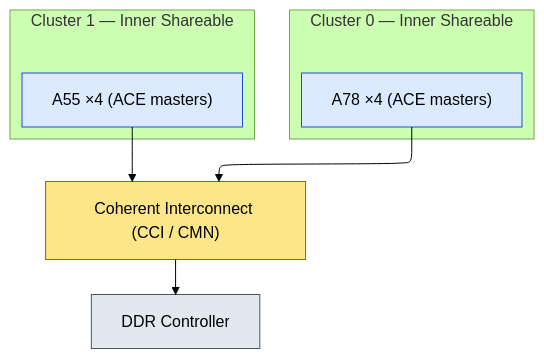
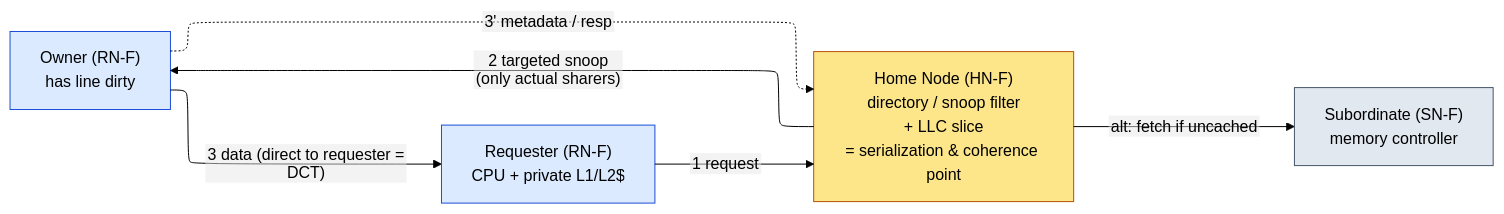
Before and after one commit to Wty2003328/silicon-design-notebook: the second of 3 diagrams in 01_Architecture_and_PPA/12_ACE_and_CHI.md, drawn with Mermaid (forest theme). The commit also changed other lines of this file and 26 other files, not shown here.

Commit message:
Concept-first hard rework checkpoint: Architecture, Fundamentals, Power folders complete (~25 pages reworked)

````diff
--- a/01_Architecture_and_PPA/12_ACE_and_CHI.md
+++ b/01_Architecture_and_PPA/12_ACE_and_CHI.md
@@ -115,19 +114,16 @@
 ```mermaid
-%%{init: {"flowchart": {"defaultRenderer": "elk", "nodeSpacing": 60, "rankSpacing": 60, "htmlLabels": false}}}%%
-flowchart TD
-    subgraph cl0["Cluster 0 — Inner Shareable"]
-        A0["A78 ×4 (ACE masters)"]
-    end
-    subgraph cl1["Cluster 1 — Inner Shareable"]
-        A1["A55 ×4 (ACE masters)"]
-    end
-    A0 --> CCI["Coherent Interconnect (CCI / CMN)"]
-    A1 --> CCI
-    CCI --> DDR["DDR Controller"]
-    classDef cl fill:#dbeafe,stroke:#1d4ed8,color:#000
-    classDef ic fill:#fde68a,stroke:#b45309,color:#000
-    classDef mem fill:#e2e8f0,stroke:#475569,color:#000
-    class A0,A1 cl
-    class CCI ic
-    class DDR mem
+%%{init: {"flowchart": {"defaultRenderer": "elk", "nodeSpacing": 55, "rankSpacing": 50, "htmlLabels": false}}}%%
+flowchart LR
+    RN0["Requester (RN-F)\nCPU + private L1/L2$"]:::rn
+    HN["Home Node (HN-F)\ndirectory / snoop filter\n+ LLC slice\n= serialization & coherence point"]:::hn
+    RN1["Owner (RN-F)\nhas line dirty"]:::rn
+    SN["Subordinate (SN-F)\nmemory controller"]:::sn
+    RN0 -->|"1 request"| HN
+    HN -->|"2 targeted snoop\n(only actual sharers)"| RN1
+    RN1 -->|"3 data (direct to requester = DCT)"| RN0
+    RN1 -.->|"3' metadata / resp"| HN
+    HN -->|"alt: fetch if uncached"| SN
+    classDef rn fill:#dbeafe,stroke:#1d4ed8,color:#000
+    classDef hn fill:#fde68a,stroke:#b45309,color:#000
+    classDef sn fill:#e2e8f0,stroke:#475569,color:#000
 ```
````
